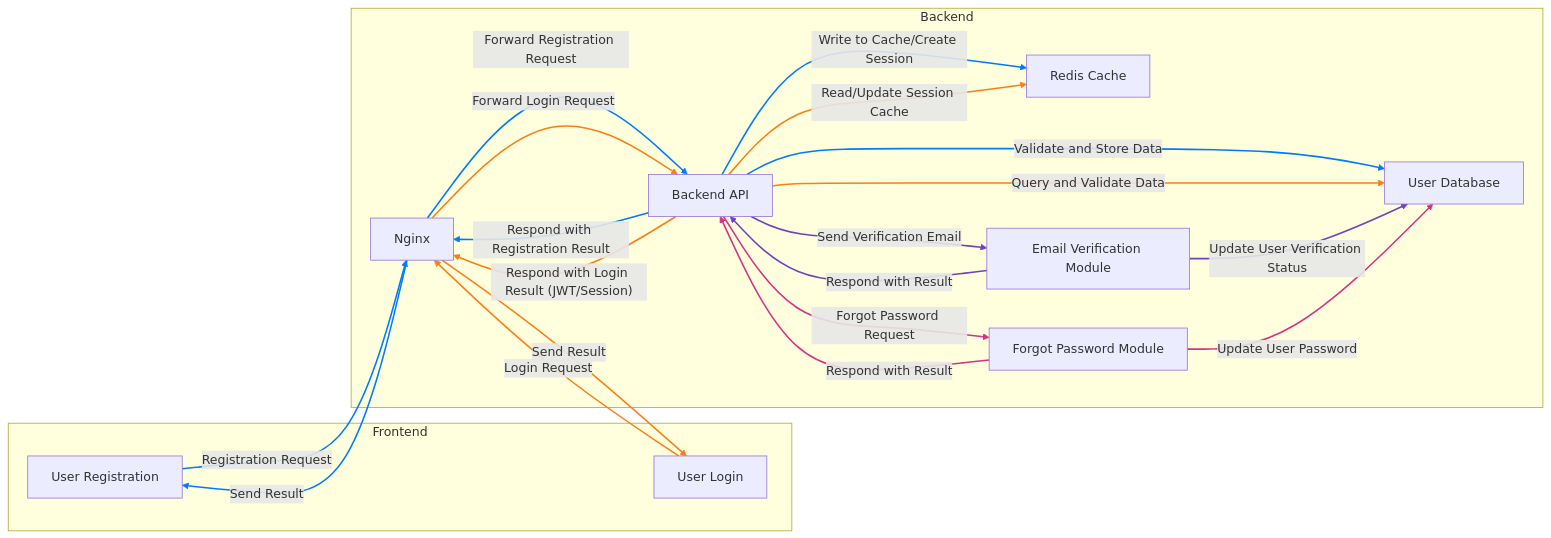
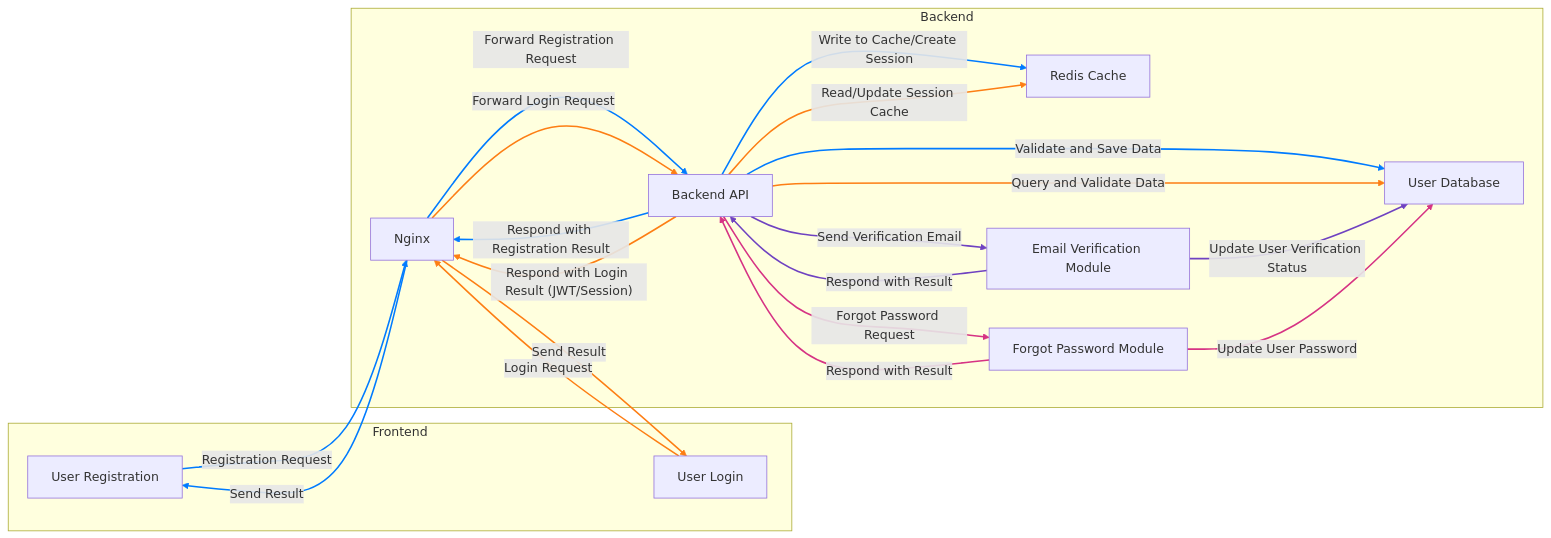
The second of 6 diagrams in i18n/en/docusaurus-plugin-content-blog/2025/03-16-builds-dashboard-system/index.md (DocsaidLab/website), drawn with Mermaid before and after one commit. The commit also changed other lines of this file and 2 other files, not shown here.

````diff
--- a/i18n/en/docusaurus-plugin-content-blog/2025/03-16-builds-dashboard-system/index.md
+++ b/i18n/en/docusaurus-plugin-content-blog/2025/03-16-builds-dashboard-system/index.md
@@ -152,69 +198,69 @@
 ```mermaid
 graph LR
-    %% Frontend Block
+    %% Frontend Section
     subgraph Frontend
         UserRegister[User Registration]
         UserLogin[User Login]
     end
 
-    %% Backend Block
+    %% Backend Section
     subgraph Backend
         Nginx[Nginx]
         FastAPI[Backend API]
         UserDB[User Database]
         Redis[Redis Cache]
         EmailVerification[Email Verification Module]
         ForgotPassword[Forgot Password Module]
     end
 
     %% Registration Process (Blue)
     UserRegister -- "Registration Request" --> Nginx
     Nginx -- "Forward Registration Request" --> FastAPI
-    FastAPI -- "Validate and Store Data" --> UserDB
+    FastAPI -- "Validate and Save Data" --> UserDB
     FastAPI -- "Write to Cache/Create Session" --> Redis
     FastAPI -- "Respond with Registration Result" --> Nginx
     Nginx -- "Send Result" --> UserRegister
 
     %% Login Process (Orange)
     UserLogin -- "Login Request" --> Nginx
     Nginx -- "Forward Login Request" --> FastAPI
     FastAPI -- "Query and Validate Data" --> UserDB
     FastAPI -- "Read/Update Session Cache" --> Redis
     FastAPI -- "Respond with Login Result (JWT/Session)" --> Nginx
     Nginx -- "Send Result" --> UserLogin
 
-    %% Email Verification Process (Purple) - Example of Interaction with Backend
+    %% Account Email Verification Process (Purple) - Demonstrating Backend Interaction
     FastAPI -- "Send Verification Email" --> EmailVerification
     EmailVerification -- "Update User Verification Status" --> UserDB
     EmailVerification -- "Respond with Result" --> FastAPI
 
-    %% Forgot Password Process (Pink) - Example of Interaction with Backend
+    %% Forgot Password Process (Pink) - Demonstrating Backend Interaction
     FastAPI -- "Forgot Password Request" --> ForgotPassword
     ForgotPassword -- "Update User Password" --> UserDB
     ForgotPassword -- "Respond with Result" --> FastAPI
 
     %% Original Arrow Styles (Registration=Blue / Login=Orange)
     linkStyle 0 stroke:#007BFF,stroke-width:2px
     linkStyle 1 stroke:#007BFF,stroke-width:2px
     linkStyle 2 stroke:#007BFF,stroke-width:2px
     linkStyle 3 stroke:#007BFF,stroke-width:2px
     linkStyle 4 stroke:#007BFF,stroke-width:2px
     linkStyle 5 stroke:#007BFF,stroke-width:2px
 
     linkStyle 6 stroke:#fd7e14,stroke-width:2px
     linkStyle 7 stroke:#fd7e14,stroke-width:2px
     linkStyle 8 stroke:#fd7e14,stroke-width:2px
     linkStyle 9 stroke:#fd7e14,stroke-width:2px
     linkStyle 10 stroke:#fd7e14,stroke-width:2px
     linkStyle 11 stroke:#fd7e14,stroke-width:2px
 
-    %% Email Verification Arrows (Purple: from line 12)
+    %% Email Verification Process Arrows (Purple: From Step 12)
     linkStyle 12 stroke:#6f42c1,stroke-width:2px
     linkStyle 13 stroke:#6f42c1,stroke-width:2px
     linkStyle 14 stroke:#6f42c1,stroke-width:2px
 
-    %% Forgot Password Arrows (Pink: from line 15)
+    %% Forgot Password Process Arrows (Pink: From Step 15)
     linkStyle 15 stroke:#d63384,stroke-width:2px
     linkStyle 16 stroke:#d63384,stroke-width:2px
     linkStyle 17 stroke:#d63384,stroke-width:2px
 ```
````
